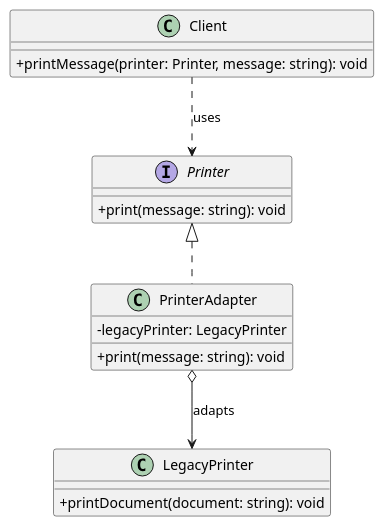
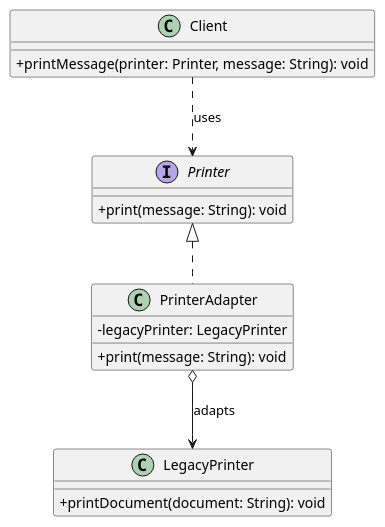
One commit to Paicodev/IngSoft-Patrones changed the diagram in UML/adapter/printer-adapter.puml. Above: the diagram before and after it, drawn with PlantUML. The commit also changed 8 other files, not shown here.

```diff
--- a/UML/adapter/printer-adapter.puml
+++ b/UML/adapter/printer-adapter.puml
@@ -1,24 +1,24 @@
 @startuml
 skinparam classAttributeIconSize 0
 
 interface Printer {
-  +print(message: string): void
+  +print(message: String): void
 }
 
 class LegacyPrinter {
-  +printDocument(document: string): void
+  +printDocument(document: String): void
 }
 
 class PrinterAdapter {
   -legacyPrinter: LegacyPrinter
-  +print(message: string): void
+  +print(message: String): void
 }
 
 class Client {
-  +printMessage(printer: Printer, message: string): void
+  +printMessage(printer: Printer, message: String): void
 }
 
 Printer <|.. PrinterAdapter
 PrinterAdapter o--> LegacyPrinter : adapts
 Client ..> Printer : uses
 @enduml
```
